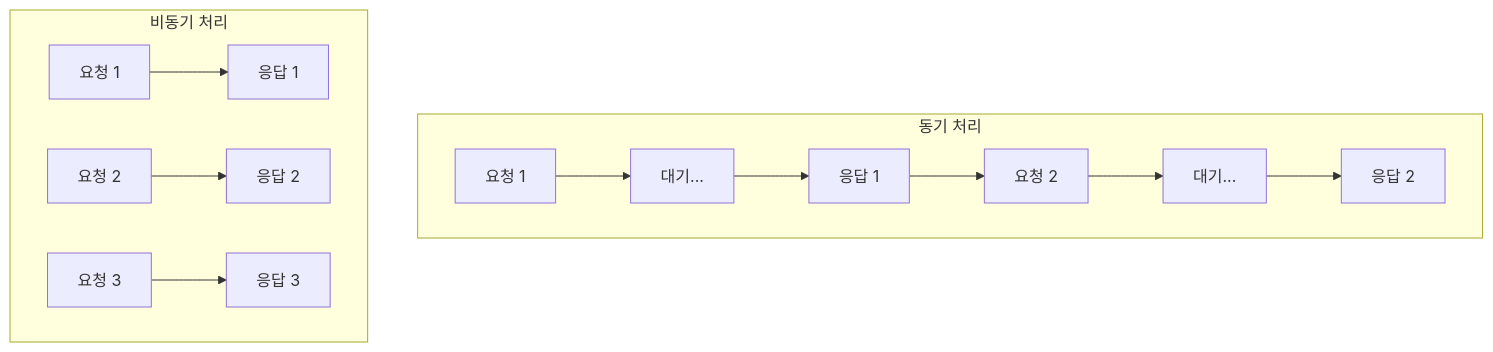
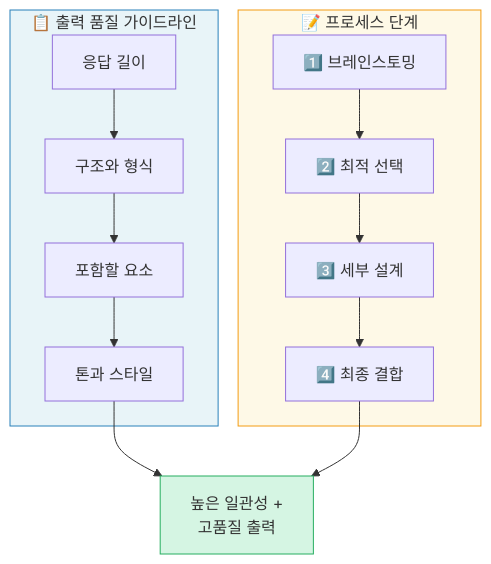
The sixth of 10 diagrams in content/01-Notes/Week_03.md (baekja/Lecture_LLM-AE-AI), drawn with Mermaid before and after one commit. The commit also changed other lines of this file and 26 other files, not shown here.

````diff
--- a/content/01-Notes/Week_03.md
+++ b/content/01-Notes/Week_03.md
@@ -460,19 +1010,21 @@
 ```mermaid
-graph TB
-    subgraph Sync["동기 처리"]
-        S1["요청 1"] --> S2["대기..."]
-        S2 --> S3["응답 1"]
-        S3 --> S4["요청 2"]
-        S4 --> S5["대기..."]
-        S5 --> S6["응답 2"]
+graph TD
+    subgraph G["📋 출력 품질 가이드라인"]
+        G1["응답 길이"] --> G2["구조와 형식"]
+        G2 --> G3["포함할 요소"]
+        G3 --> G4["톤과 스타일"]
     end
 
-    subgraph Async["비동기 처리"]
-        A1["요청 1"]
-        A2["요청 2"]
-        A3["요청 3"]
-        A1 --> A4["응답 1"]
-        A2 --> A5["응답 2"]
-        A3 --> A6["응답 3"]
+    subgraph S["📝 프로세스 단계"]
+        S1["1️⃣ 브레인스토밍"] --> S2["2️⃣ 최적 선택"]
+        S2 --> S3["3️⃣ 세부 설계"]
+        S3 --> S4["4️⃣ 최종 결합"]
     end
+
+    G4 --> R["높은 일관성 +<br/>고품질 출력"]
+    S4 --> R
+
+    style G fill:#e8f4f8,stroke:#2980b9
+    style S fill:#fef9e7,stroke:#f39c12
+    style R fill:#d5f5e3,stroke:#27ae60
 ```
````
